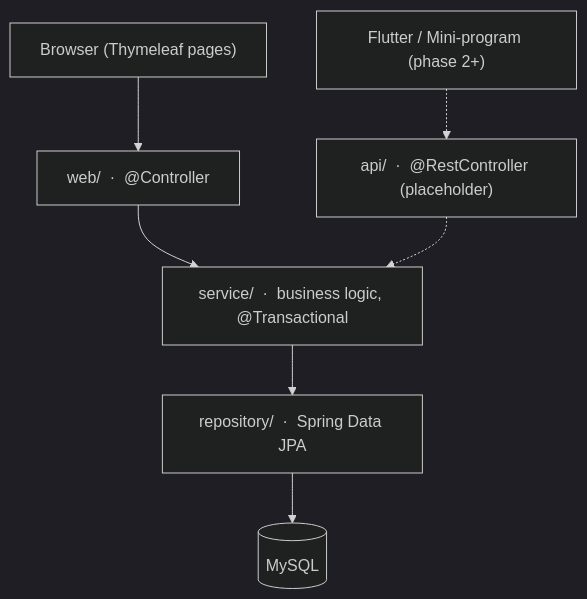
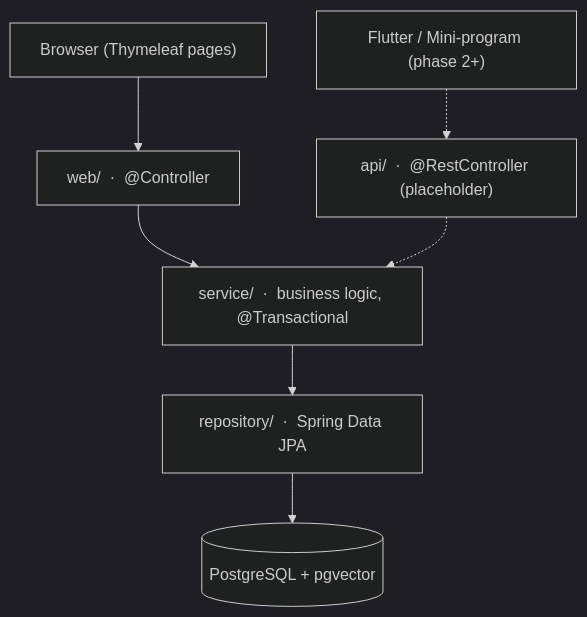
The diagram in README.md (indmak/MediSlot), drawn with Mermaid (dark theme) before and after one commit. The commit also changed other lines of this file and 21 other files, not shown here.

````diff
--- a/README.md
+++ b/README.md
@@ -91,9 +98,9 @@
 ```mermaid
 flowchart TB
     Client["Browser (Thymeleaf pages)"] --> Web["web/ &nbsp;·&nbsp; @Controller"]
     Future["Flutter / Mini-program (phase 2+)"] -.-> Api["api/ &nbsp;·&nbsp; @RestController (placeholder)"]
     Web --> Service["service/ &nbsp;·&nbsp; business logic, @Transactional"]
     Api -.-> Service
     Service --> Repo["repository/ &nbsp;·&nbsp; Spring Data JPA"]
-    Repo --> DB[("MySQL")]
+    Repo --> DB[("PostgreSQL + pgvector")]
 ```
````
